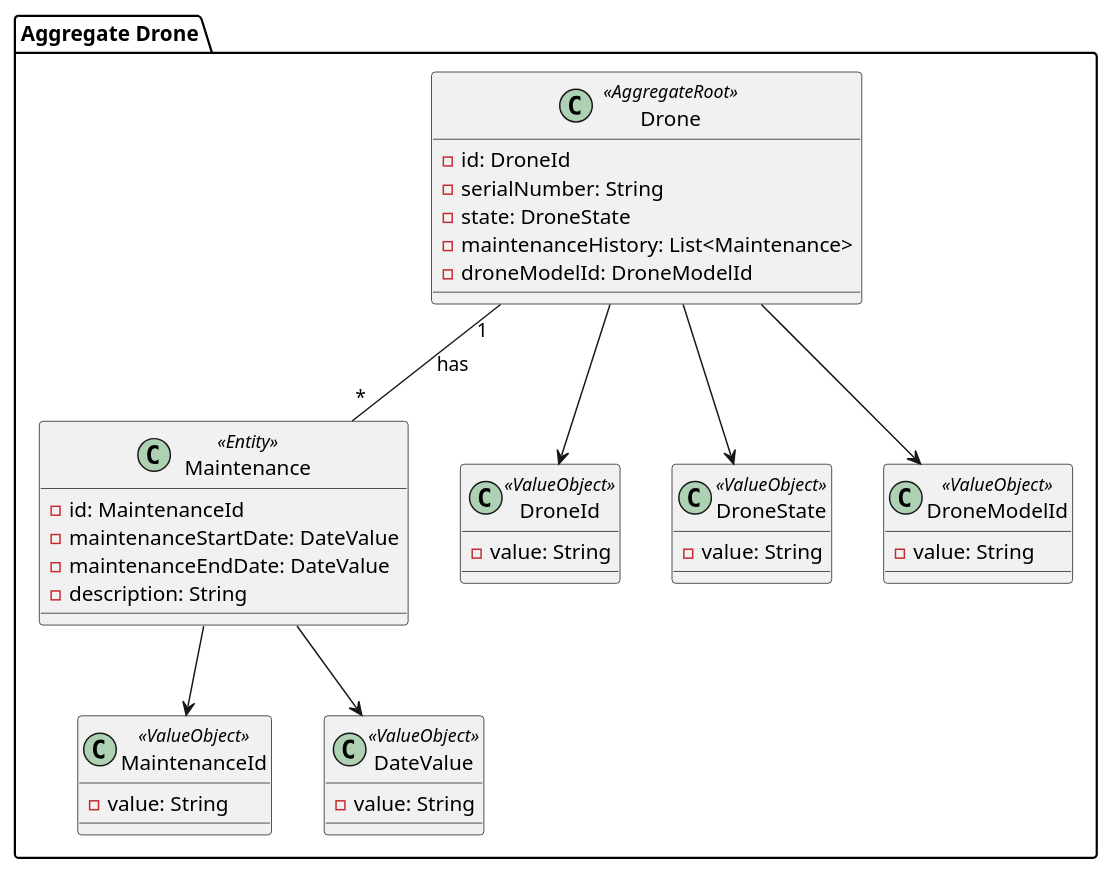
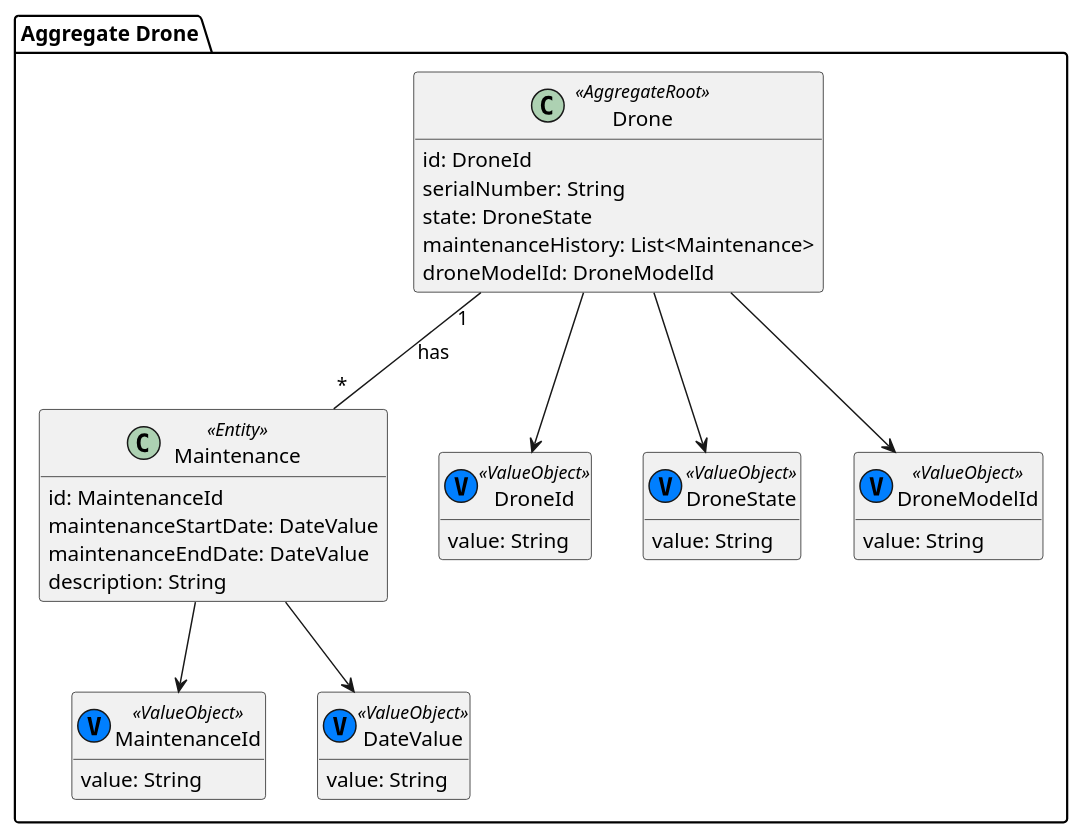
The diagram in docs/us_110/subDomains/domains/aggregate_drone.puml (HenriqueSilva18/Drone-Show-Management-System), drawn with PlantUML before and after one commit. The commit also changed 7 other files, not shown here.

```diff
--- a/docs/us_110/subDomains/domains/aggregate_drone.puml
+++ b/docs/us_110/subDomains/domains/aggregate_drone.puml
@@ -1,50 +1,52 @@
 @startuml
+hide methods
+
 package "Aggregate Drone" {
 
     ' Agregado Drone (Aggregate Root)
     class Drone <<AggregateRoot>> {
-        - id: DroneId
-        - serialNumber: String
-        - state: DroneState
-        - maintenanceHistory: List<Maintenance>
-        - droneModelId: DroneModelId
+        id: DroneId
+        serialNumber: String
+        state: DroneState
+        maintenanceHistory: List<Maintenance>
+        droneModelId: DroneModelId
     }
 
     ' Entidade Maintenance associada ao drone
     class Maintenance <<Entity>> {
-        - id: MaintenanceId
-        - maintenanceStartDate: DateValue
-        - maintenanceEndDate: DateValue
-        - description: String
+        id: MaintenanceId
+        maintenanceStartDate: DateValue
+        maintenanceEndDate: DateValue
+        description: String
     }
 
-    class MaintenanceId <<ValueObject>> {
-        - value: String
+    class MaintenanceId <<(V, #007fff) ValueObject>> {
+        value: String
     }
 
     ' Value Objects
-    class DroneId <<ValueObject>> {
-        - value: String
+    class DroneId <<(V, #007fff) ValueObject>> {
+        value: String
     }
 
-    class DroneState <<ValueObject>> {
-        - value: String
+    class DroneState <<(V, #007fff) ValueObject>> {
+        value: String
     }
 
-    class DroneModelId <<ValueObject>> {
-        - value: String
+    class DroneModelId <<(V, #007fff) ValueObject>> {
+        value: String
     }
 
-    class DateValue <<ValueObject>> {
-        - value: String
+    class DateValue <<(V, #007fff) ValueObject>> {
+        value: String
     }
 
     ' Ligações
     Drone --> DroneId
     Drone --> DroneState
     Drone --> DroneModelId
     Drone "1" -- "*" Maintenance : has
     Maintenance --> MaintenanceId
     Maintenance --> DateValue
 }
 @enduml
```
